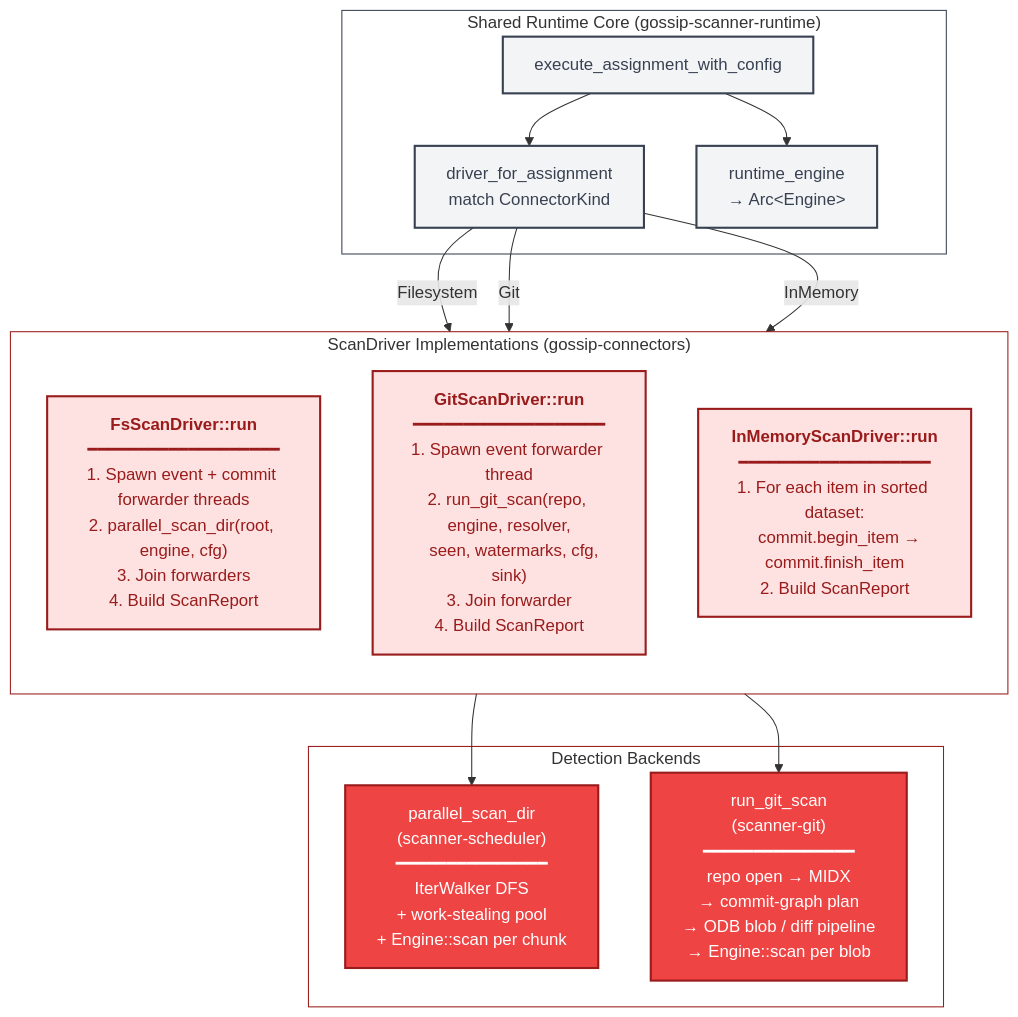
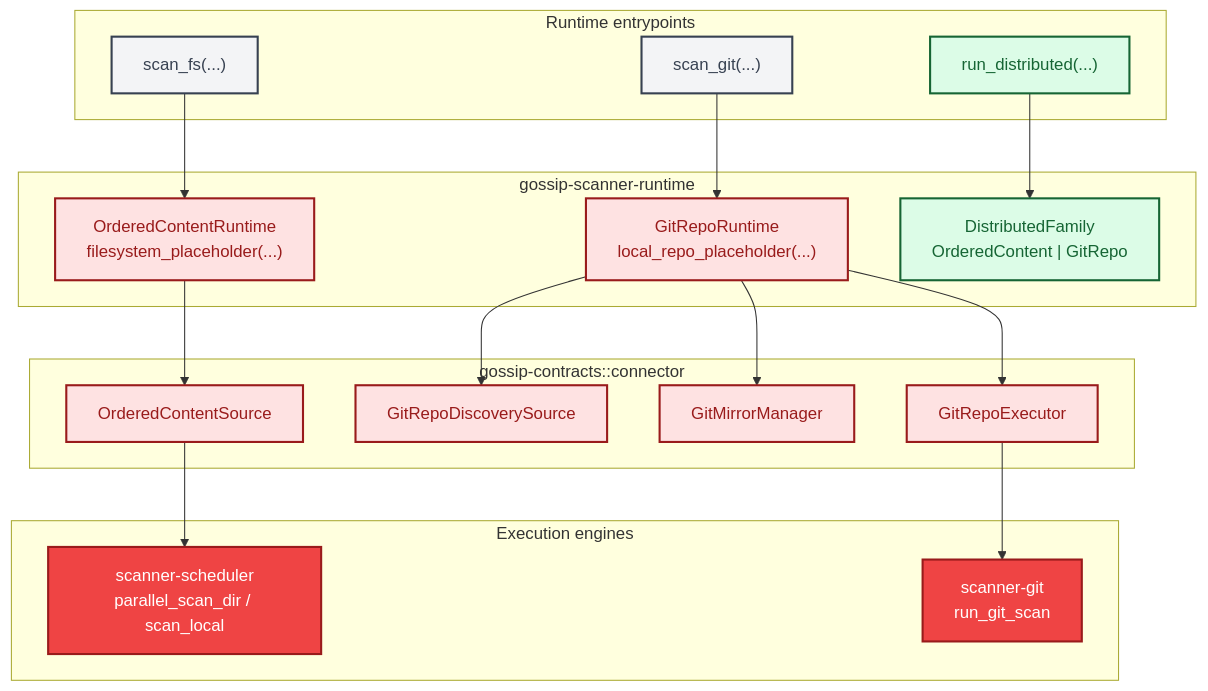
Before and after one commit to ahrav/Gossip-rs: the second of 4 diagrams in diagrams/04-end-to-end-scan-flow.md, drawn with Mermaid. The commit also changed other lines of this file and 14 other files, not shown here.

First line of the commit message:
Refactor: Rename scan-driver to scanner-runtime

````diff
--- a/diagrams/04-end-to-end-scan-flow.md
+++ b/diagrams/04-end-to-end-scan-flow.md
@@ -109,43 +77,52 @@
 ```mermaid
-%% Diagram: driver-internal-architecture
-graph TB
-    subgraph shared ["Shared Runtime Core (gossip-scanner-runtime)"]
-        EX["execute_assignment_with_config"]
-        DFA["driver_for_assignment<br/>match ConnectorKind"]
-        ENG["runtime_engine<br/>→ Arc&lt;Engine&gt;"]
+%% Diagram: family-runtime-surface
+graph TD
+    subgraph EntryPoints["Runtime entrypoints"]
+        FS["scan_fs(...)"]
+        GIT["scan_git(...)"]
+        DIST["run_distributed(...)"]
     end
 
-    subgraph drivers ["ScanDriver Implementations (gossip-connectors)"]
-        direction TB
-        FS["<b>FsScanDriver::run</b><br/>━━━━━━━━━━━━━━━━━━━<br/>1. Spawn event + commit forwarder threads<br/>2. parallel_scan_dir(root, engine, cfg)<br/>3. Join forwarders<br/>4. Build ScanReport"]
-        GIT["<b>GitScanDriver::run</b><br/>━━━━━━━━━━━━━━━━━━━<br/>1. Spawn event forwarder thread<br/>2. run_git_scan(repo, engine, resolver,<br/>   seen, watermarks, cfg, sink)<br/>3. Join forwarder<br/>4. Build ScanReport"]
-        MEM["<b>InMemoryScanDriver::run</b><br/>━━━━━━━━━━━━━━━━━━━<br/>1. For each item in sorted dataset:<br/>   commit.begin_item → commit.finish_item<br/>2. Build ScanReport"]
+    subgraph Runtime["gossip-scanner-runtime"]
+        OC["OrderedContentRuntime<br/>filesystem_placeholder(...)"]
+        GR["GitRepoRuntime<br/>local_repo_placeholder(...)"]
+        DF["DistributedFamily<br/>OrderedContent | GitRepo"]
     end
 
-    subgraph engines ["Detection Backends"]
-        PSD["parallel_scan_dir<br/>(scanner-scheduler)<br/>━━━━━━━━━━━━━━━<br/>IterWalker DFS<br/>+ work-stealing pool<br/>+ Engine::scan per chunk"]
-        RGS["run_git_scan<br/>(scanner-git)<br/>━━━━━━━━━━━━━━━<br/>repo open → MIDX<br/>→ commit-graph plan<br/>→ ODB blob / diff pipeline<br/>→ Engine::scan per blob"]
+    subgraph Contracts["gossip-contracts::connector"]
+        OCS["OrderedContentSource"]
+        GDS["GitRepoDiscoverySource"]
+        GMM["GitMirrorManager"]
+        GRE["GitRepoExecutor"]
     end
 
-    EX --> DFA
-    EX --> ENG
-    DFA -->|Filesystem| FS
-    DFA -->|Git| GIT
-    DFA -->|InMemory| MEM
+    subgraph Engines["Execution engines"]
+        SCHED["scanner-scheduler<br/>parallel_scan_dir / scan_local"]
+        SGIT["scanner-git<br/>run_git_scan"]
+    end
 
-    FS --> PSD
-    GIT --> RGS
+    FS --> OC
+    GIT --> GR
+    DIST --> DF
 
-    style shared fill:none,stroke:#374151,stroke-width:1px
-    style drivers fill:none,stroke:#991B1B,stroke-width:1px
-    style engines fill:none,stroke:#991B1B,stroke-width:1px
+    OC --> OCS
+    GR --> GDS
+    GR --> GMM
+    GR --> GRE
 
-    style EX fill:#F3F4F6,stroke:#374151,stroke-width:2px,color:#374151
-    style DFA fill:#F3F4F6,stroke:#374151,stroke-width:2px,color:#374151
-    style ENG fill:#F3F4F6,stroke:#374151,stroke-width:2px,color:#374151
-    style FS fill:#FEE2E2,stroke:#991B1B,stroke-width:2px,color:#991B1B
-    style GIT fill:#FEE2E2,stroke:#991B1B,stroke-width:2px,color:#991B1B
-    style MEM fill:#FEE2E2,stroke:#991B1B,stroke-width:2px,color:#991B1B
-    style PSD fill:#EF4444,stroke:#991B1B,stroke-width:2px,color:#FFFFFF
-    style RGS fill:#EF4444,stroke:#991B1B,stroke-width:2px,color:#FFFFFF
+    OCS --> SCHED
+    GRE --> SGIT
+
+    style FS fill:#F3F4F6,stroke:#374151,stroke-width:2px,color:#374151
+    style GIT fill:#F3F4F6,stroke:#374151,stroke-width:2px,color:#374151
+    style DIST fill:#DCFCE7,stroke:#166534,stroke-width:2px,color:#166534
+    style OC fill:#FEE2E2,stroke:#991B1B,stroke-width:2px,color:#991B1B
+    style GR fill:#FEE2E2,stroke:#991B1B,stroke-width:2px,color:#991B1B
+    style DF fill:#DCFCE7,stroke:#166534,stroke-width:2px,color:#166534
+    style OCS fill:#FEE2E2,stroke:#991B1B,stroke-width:2px,color:#991B1B
+    style GDS fill:#FEE2E2,stroke:#991B1B,stroke-width:2px,color:#991B1B
+    style GMM fill:#FEE2E2,stroke:#991B1B,stroke-width:2px,color:#991B1B
+    style GRE fill:#FEE2E2,stroke:#991B1B,stroke-width:2px,color:#991B1B
+    style SCHED fill:#EF4444,stroke:#991B1B,stroke-width:2px,color:#FFFFFF
+    style SGIT fill:#EF4444,stroke:#991B1B,stroke-width:2px,color:#FFFFFF
 ```
````
